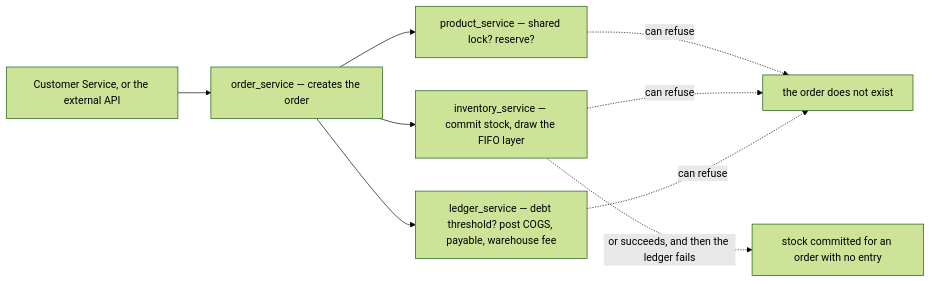
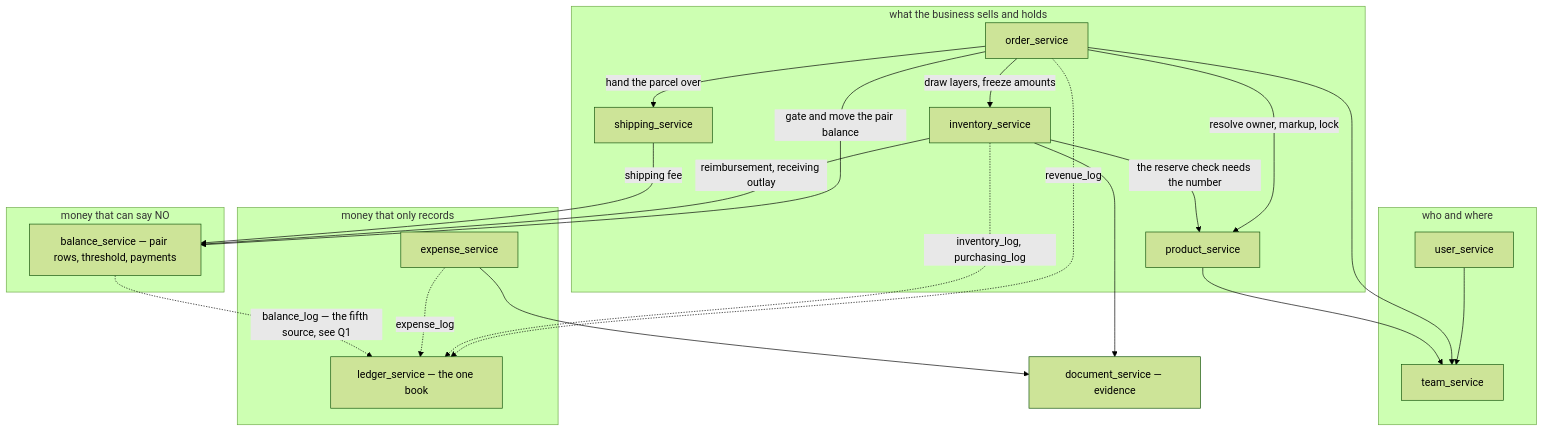
The second of 5 diagrams in disscuss/requirements/architectures/architecture_context_clarity.md (pdcgo/warehouse_revamp), drawn with Mermaid (forest theme) before and after one commit. The commit also changed other lines of this file and 7 other files, not shown here.

````diff
--- a/disscuss/requirements/architectures/architecture_context_clarity.md
+++ b/disscuss/requirements/architectures/architecture_context_clarity.md
@@ -46,11 +179,38 @@
 ```mermaid
-flowchart LR
-  CS["Customer Service, or the external API"] --> O["order_service — creates the order"]
-  O --> P["product_service — shared lock? reserve?"]
-  O --> I["inventory_service — commit stock, draw the FIFO layer"]
-  O --> L["ledger_service — debt threshold? post COGS, payable, warehouse fee"]
-  P -.->|"can refuse"| X["the order does not exist"]
-  I -.->|"can refuse"| X
-  L -.->|"can refuse"| X
-  I -.->|"or succeeds, and then the ledger fails"| Y["stock committed for an order with no entry"]
+flowchart TB
+  subgraph "who and where"
+    U["user_service"]
+    T["team_service"]
+  end
+  subgraph "what the business sells and holds"
+    P["product_service"]
+    I["inventory_service"]
+    O["order_service"]
+    SH["shipping_service"]
+  end
+  subgraph "money that can say NO"
+    B["balance_service — pair rows, threshold, payments"]
+  end
+  subgraph "money that only records"
+    E["expense_service"]
+    L["ledger_service — the one book"]
+  end
+  D["document_service — evidence"]
+
+  O -->|"resolve owner, markup, lock"| P
+  O -->|"draw layers, freeze amounts"| I
+  O -->|"gate and move the pair balance"| B
+  O -->|"hand the parcel over"| SH
+  I -->|"the reserve check needs the number"| P
+  I -->|"reimbursement, receiving outlay"| B
+  SH -->|"shipping fee"| B
+  O -.->|"revenue_log"| L
+  I -.->|"inventory_log, purchasing_log"| L
+  E -.->|"expense_log"| L
+  B -.->|"balance_log — the fifth source, see Q1"| L
+  I --> D
+  E --> D
+  U --> T
+  O --> T
+  P --> T
 ```
````
